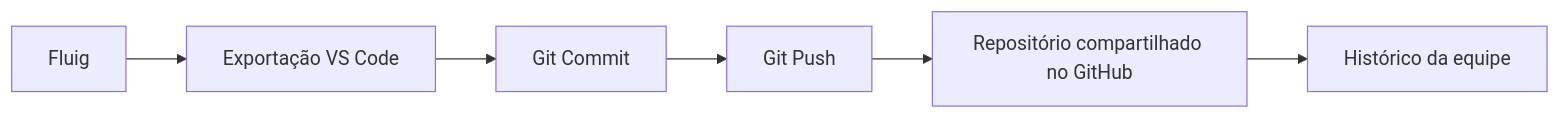
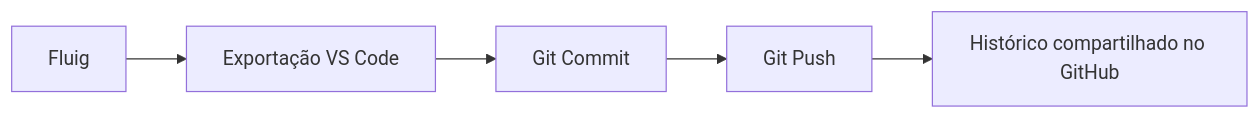
Before and after one commit to flruedigerlima/fluig-tracker-log: the diagram in README.md, drawn with Mermaid.

Commit message:
Modify flowchart for GitHub shared history
Updated flowchart to reflect shared history on GitHub.

````diff
--- a/README.md
+++ b/README.md
@@ -43,8 +43,7 @@
 ```mermaid
 flowchart LR
     A[Fluig] --> B[Exportação VS Code]
     B --> C[Git Commit]
     C --> D[Git Push]
-    D --> E[Repositório compartilhado no GitHub]
-    E --> F[Histórico da equipe]
+    D --> E[Histórico compartilhado no GitHub]
 ```
````
